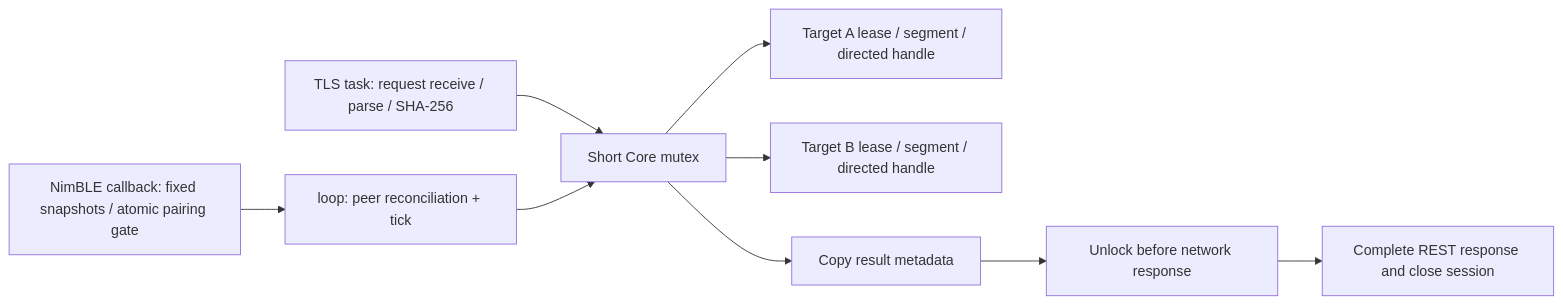
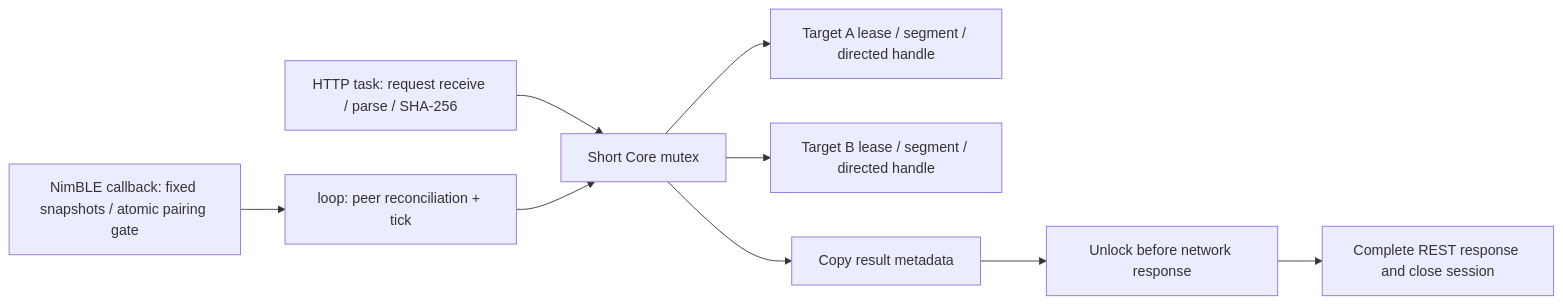
The second of 2 diagrams in docs/architecture/secure-lan.md (cccat6/iphone-agent-harness), drawn with Mermaid before and after one commit. The commit also changed other lines of this file and 122 other files, not shown here.

Commit message:
Repair primary Harness flows and add certificate-free LAN window transport

````diff
--- a/docs/architecture/secure-lan.md
+++ b/docs/architecture/secure-lan.md
@@ -63,11 +64,11 @@
 ```mermaid
 flowchart LR
-  TLS[TLS task: request receive / parse / SHA-256] --> Lock[Short Core mutex]
+  HTTP[HTTP task: request receive / parse / SHA-256] --> Lock[Short Core mutex]
   BLE[NimBLE callback: fixed snapshots / atomic pairing gate] --> Loop[loop: peer reconciliation + tick]
   Loop --> Lock
   Lock --> A[Target A lease / segment / directed handle]
   Lock --> B[Target B lease / segment / directed handle]
   Lock --> Copy[Copy result metadata]
   Copy --> Unlock[Unlock before network response]
   Unlock --> Close[Complete REST response and close session]
 ```
````
